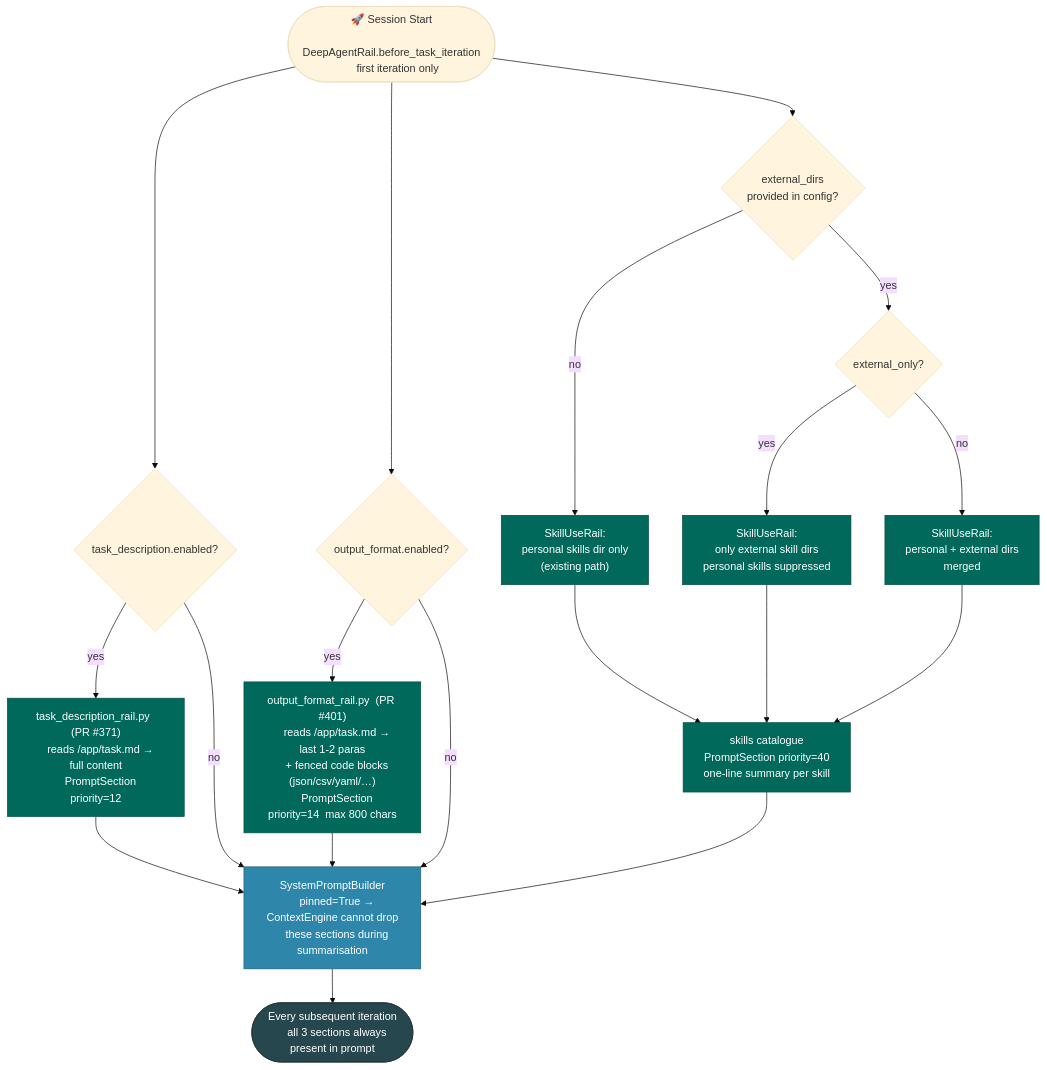
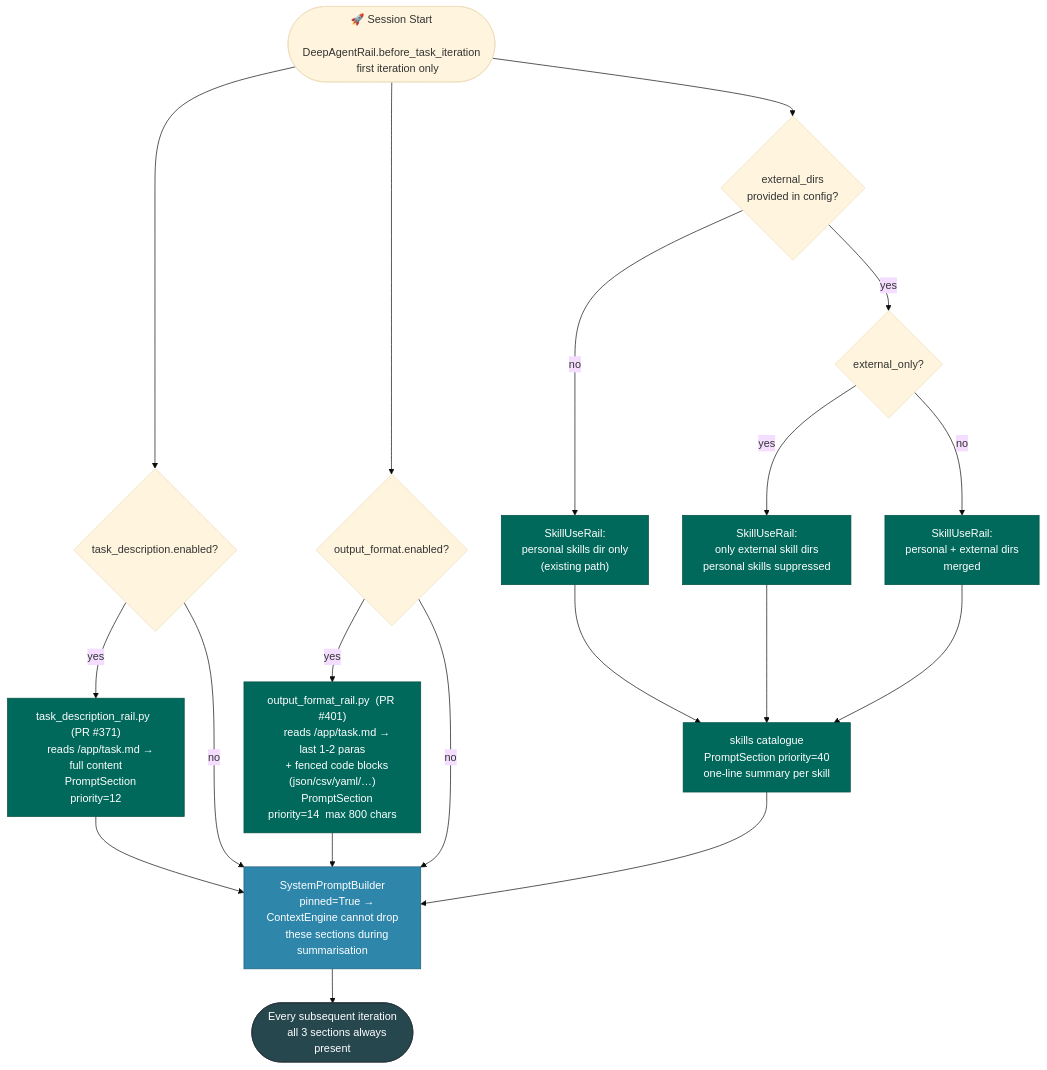
The fourth of 9 diagrams in docs-michael/Implementation.Overview.md (michaelatamuk/openjiuwen-jiuwenswarm), drawn with Mermaid (base theme) before and after one commit. The commit also changed other lines of this file, not shown here.

````diff
--- a/docs-michael/Implementation.Overview.md
+++ b/docs-michael/Implementation.Overview.md
@@ -357,51 +341,51 @@
 ```mermaid
 flowchart TD
     classDef init fill:#00695C,color:#fff,stroke:#004D40
     classDef pin  fill:#2E86AB,color:#fff,stroke:#1a5f7a
     classDef eng  fill:#27474F,color:#fff,stroke:#263238
 
     INIT(["🚀 Session Start
     DeepAgentRail.before_task_iteration
     first iteration only"])
 
     INIT --> TD_GATE{"task_description.enabled?"}
     INIT --> OF_GATE{"output_format.enabled?"}
     TD_GATE -->|"yes"| TDR["task_description_rail.py  (PR #371)
     reads /app/task.md → full content
     PromptSection priority=12"]:::init
     TD_GATE -->|"no"| SPB
 
     OF_GATE -->|"yes"| OFR["output_format_rail.py  (PR #401)
     reads /app/task.md → last 1-2 paras
     + fenced code blocks (json/csv/yaml/…)
     PromptSection priority=14  max 800 chars"]:::init
     OF_GATE -->|"no"| SPB
 
     INIT --> SKILL_GATE{"external_dirs
     provided in config?"}
 
     SKILL_GATE -->|"no"| PERS_ONLY["SkillUseRail:
     personal skills dir only
     (existing path)"]:::init
 
     SKILL_GATE -->|"yes"| EXT_ONLY{"external_only?"}
 
     EXT_ONLY -->|"yes"| ESD_ONLY["SkillUseRail:
     only external skill dirs
     personal skills suppressed"]:::init
 
     EXT_ONLY -->|"no"| ESD_BOTH["SkillUseRail:
     personal + external dirs
     merged"]:::init
 
     PERS_ONLY & ESD_ONLY & ESD_BOTH --> SKILLS_SECT["skills catalogue
     PromptSection priority=40
     one-line summary per skill"]:::init
 
     TDR & OFR & SKILLS_SECT --> SPB["SystemPromptBuilder
     pinned=True → ContextEngine cannot drop
     these sections during summarisation"]:::pin
 
     SPB --> ALL(["Every subsequent iteration
-    all 3 sections always present in prompt"]):::eng
+    all 3 sections always present"]):::eng
 ```
````
